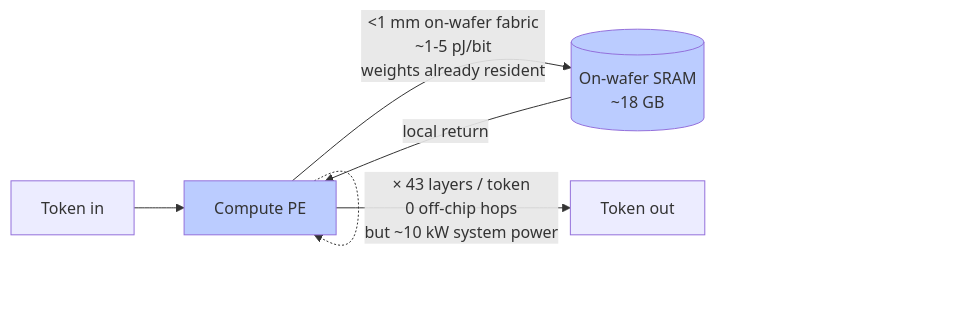
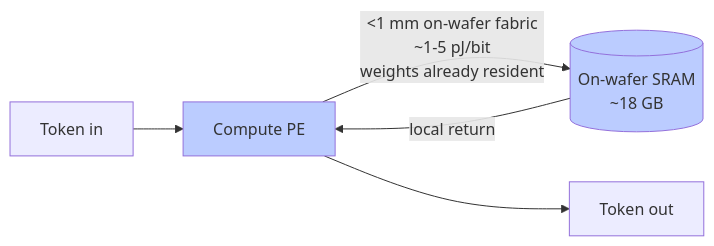
One commit to michaelhuo2030/millisecond-era changed the second of 5 diagrams in README.md. Above: the diagram before and after it, drawn with Mermaid. The commit also changed other lines of this file and 1 other file, not shown here.

First line of the commit message:
mermaid layout fix: remove redundant self-loops, fold per-node metrics inline

````diff
--- a/README.md
+++ b/README.md
@@ -82,10 +81,9 @@
 ```mermaid
 flowchart LR
     T1[Token in] --> PE[Compute PE]
     PE -->|"&lt;1 mm on-wafer fabric<br/>~1-5 pJ/bit<br/>weights already resident"| SRAM[("On-wafer SRAM<br/>~18 GB")]
     SRAM -->|"local return"| PE
-    PE -.->|"× 43 layers / token<br/>0 off-chip hops<br/>but ~10 kW system power"| PE
     PE --> T2[Token out]
     style SRAM fill:#bcf
     style PE fill:#bcf
 ```
````
